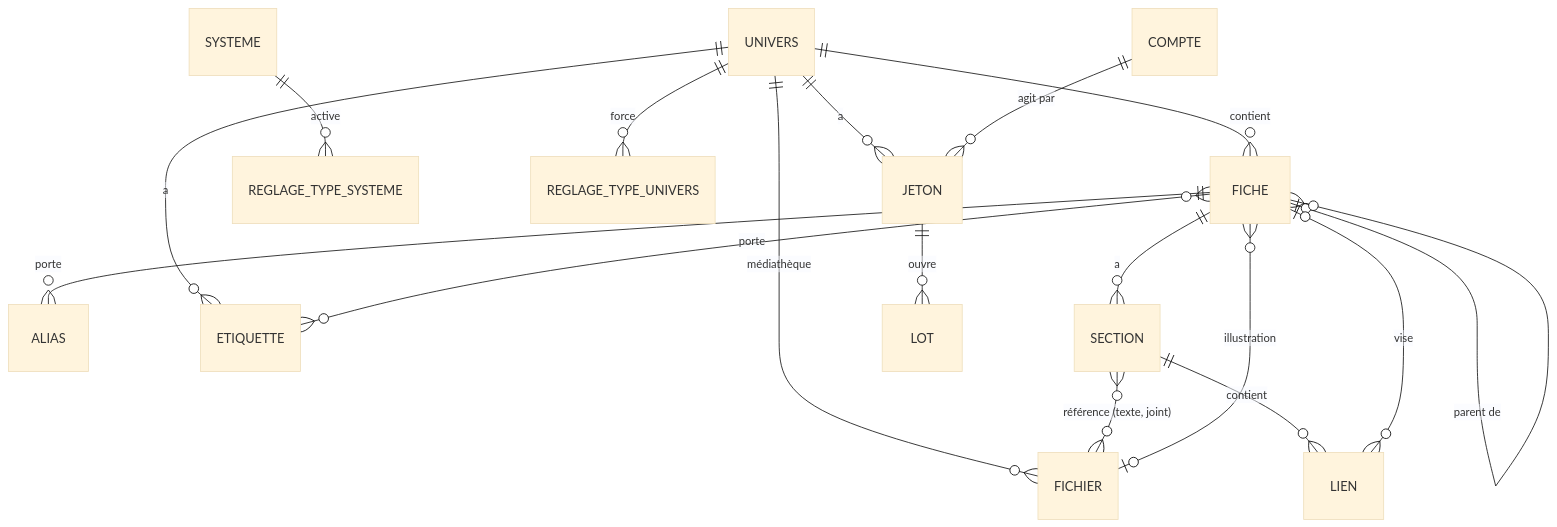
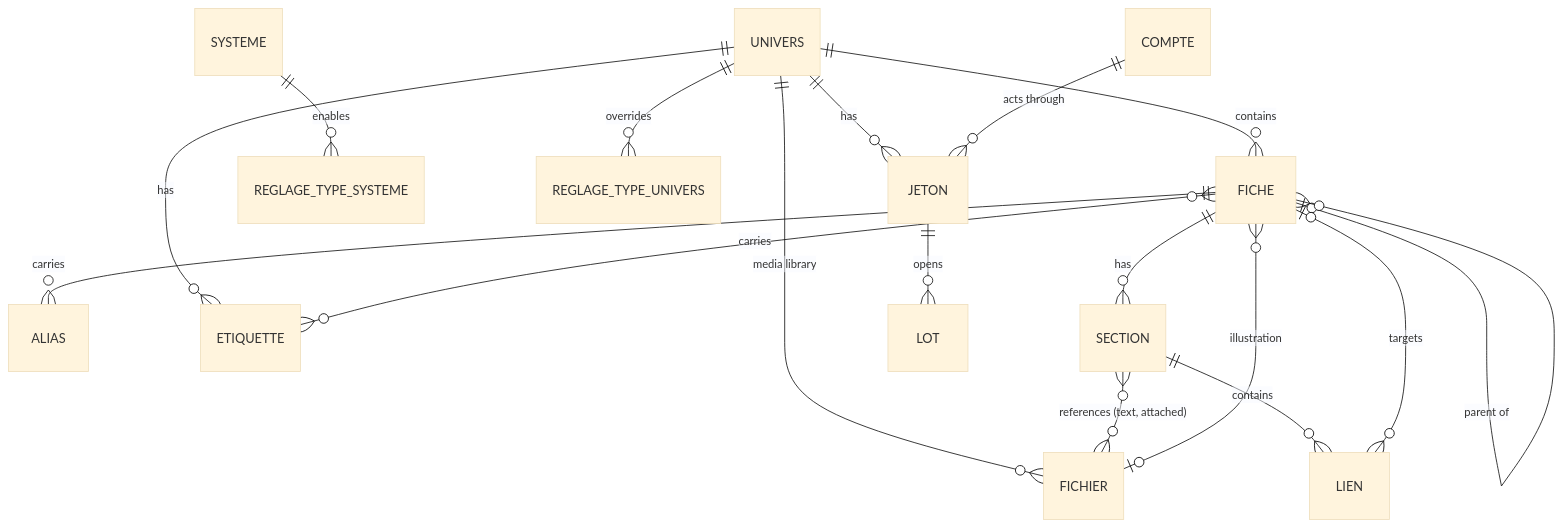
One commit to AntorFr/kanevas changed the first of 2 diagrams in docs/donnees.md. Above: the diagram before and after it, drawn with Mermaid (base theme). The commit also changed other lines of this file, not shown here.

````diff
--- a/docs/donnees.md
+++ b/docs/donnees.md
@@ -359,19 +359,19 @@
 ```mermaid
 erDiagram
-  UNIVERS ||--o{ FICHE : "contient"
-  FICHE |o--o{ FICHE : "parent de"
-  FICHE ||--o{ ALIAS : "porte"
-  UNIVERS ||--o{ ETIQUETTE : "a"
-  FICHE }o--o{ ETIQUETTE : "porte"
-  FICHE ||--o{ SECTION : "a"
-  SECTION ||--o{ LIEN : "contient"
-  LIEN }o--o| FICHE : "vise"
-  SYSTEME ||--o{ REGLAGE_TYPE_SYSTEME : "active"
-  UNIVERS ||--o{ REGLAGE_TYPE_UNIVERS : "force"
-  UNIVERS ||--o{ JETON : "a"
-  COMPTE ||--o{ JETON : "agit par"
-  JETON ||--o{ LOT : "ouvre"
-  UNIVERS ||--o{ FICHIER : "médiathèque"
-  SECTION }o--o{ FICHIER : "référence (texte, joint)"
+  UNIVERS ||--o{ FICHE : "contains"
+  FICHE |o--o{ FICHE : "parent of"
+  FICHE ||--o{ ALIAS : "carries"
+  UNIVERS ||--o{ ETIQUETTE : "has"
+  FICHE }o--o{ ETIQUETTE : "carries"
+  FICHE ||--o{ SECTION : "has"
+  SECTION ||--o{ LIEN : "contains"
+  LIEN }o--o| FICHE : "targets"
+  SYSTEME ||--o{ REGLAGE_TYPE_SYSTEME : "enables"
+  UNIVERS ||--o{ REGLAGE_TYPE_UNIVERS : "overrides"
+  UNIVERS ||--o{ JETON : "has"
+  COMPTE ||--o{ JETON : "acts through"
+  JETON ||--o{ LOT : "opens"
+  UNIVERS ||--o{ FICHIER : "media library"
+  SECTION }o--o{ FICHIER : "references (text, attached)"
   FICHE }o--o| FICHIER : "illustration"
 ```
````
